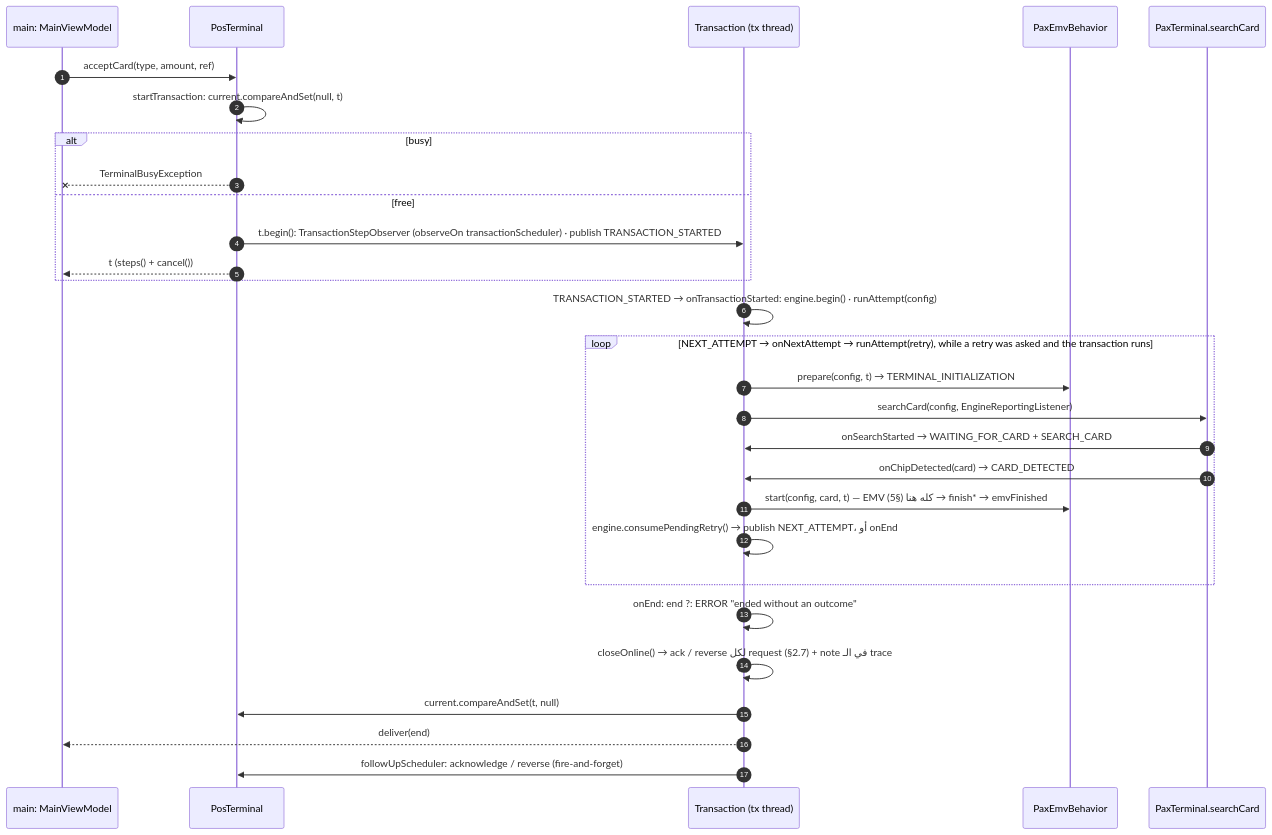
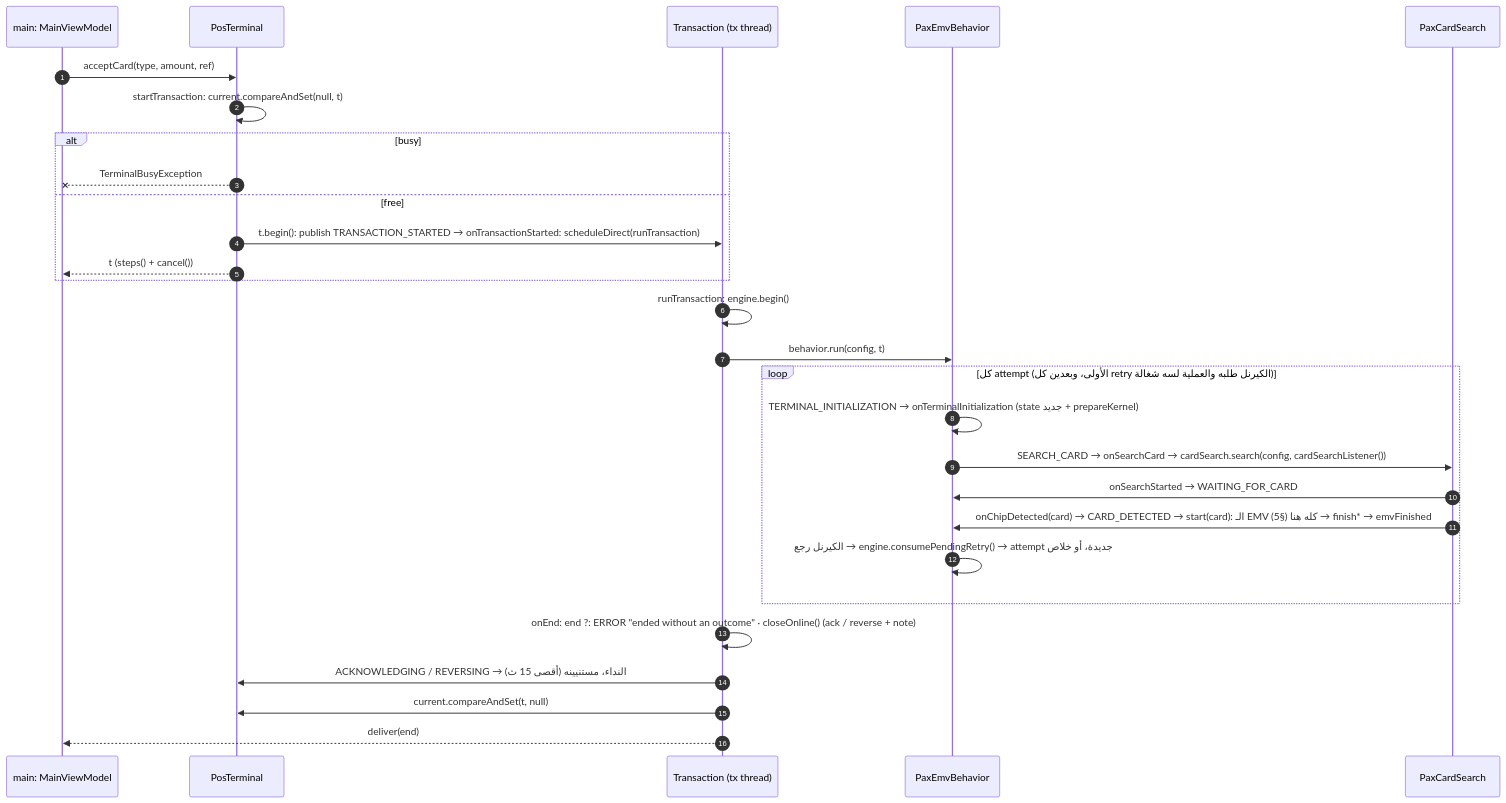
One commit to berothomas33/esaylinkrefactor changed the second of 9 diagrams in doc/REFERENCE.md. Above: the diagram before and after it, drawn with Mermaid. The commit also changed other lines of this file and 4 other files, not shown here.

````diff
--- a/doc/REFERENCE.md
+++ b/doc/REFERENCE.md
@@ -288,31 +290,30 @@
 ```mermaid
 sequenceDiagram
   autonumber
   participant UI as main: MainViewModel
   participant PT as PosTerminal
   participant TX as Transaction (tx thread)
   participant BH as PaxEmvBehavior
-  participant PTM as PaxTerminal.searchCard
+  participant CS as PaxCardSearch
   UI->>PT: acceptCard(type, amount, ref)
   PT->>PT: startTransaction: current.compareAndSet(null, t)
   alt busy
     PT--xUI: TerminalBusyException
   else free
-    PT->>TX: t.begin(): TransactionStepObserver (observeOn transactionScheduler) · publish TRANSACTION_STARTED
+    PT->>TX: t.begin(): publish TRANSACTION_STARTED → onTransactionStarted: scheduleDirect(runTransaction)
     PT-->>UI: t (steps() + cancel())
   end
-  TX->>TX: TRANSACTION_STARTED → onTransactionStarted: engine.begin() · runAttempt(config)
-  loop NEXT_ATTEMPT → onNextAttempt → runAttempt(retry), while a retry was asked and the transaction runs
-    TX->>BH: prepare(config, t) → TERMINAL_INITIALIZATION
-    TX->>PTM: searchCard(config, EngineReportingListener)
-    PTM->>TX: onSearchStarted → WAITING_FOR_CARD + SEARCH_CARD
-    PTM->>TX: onChipDetected(card) → CARD_DETECTED
-    TX->>BH: start(config, card, t) — EMV كله هنا (§5) → finish* → emvFinished
-    TX->>TX: engine.consumePendingRetry() → publish NEXT_ATTEMPT، أو onEnd
+  TX->>TX: runTransaction: engine.begin()
+  TX->>BH: behavior.run(config, t)
+  loop كل attempt (الأولى، وبعدين كل retry الكيرنل طلبه والعملية لسه شغالة)
+    BH->>BH: TERMINAL_INITIALIZATION → onTerminalInitialization (state جديد + prepareKernel)
+    BH->>CS: SEARCH_CARD → onSearchCard → cardSearch.search(config, cardSearchListener())
+    CS->>BH: onSearchStarted → WAITING_FOR_CARD
+    CS->>BH: onChipDetected(card) → CARD_DETECTED → start(card): الـ EMV كله هنا (§5) → finish* → emvFinished
+    BH->>BH: الكيرنل رجع → engine.consumePendingRetry() → attempt جديدة، أو خلاص
   end
-  TX->>TX: onEnd: end ?: ERROR "ended without an outcome"
-  TX->>TX: closeOnline() → ack / reverse لكل request (§2.7) + note في الـ trace
+  TX->>TX: onEnd: end ?: ERROR "ended without an outcome" · closeOnline() (ack / reverse + note)
+  TX->>PT: ACKNOWLEDGING / REVERSING → النداء، مستنيينه (أقصى 15 ث)
   TX->>PT: current.compareAndSet(t, null)
   TX-->>UI: deliver(end)
-  TX->>PT: followUpScheduler: acknowledge / reverse (fire-and-forget)
 ```
````
